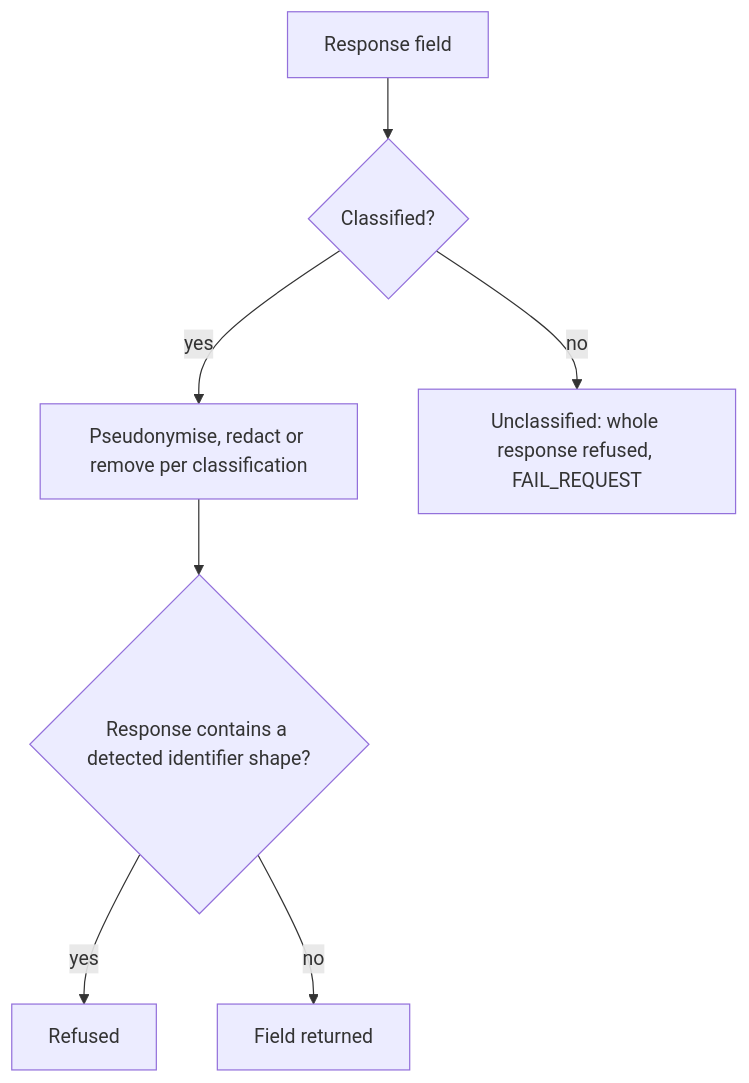
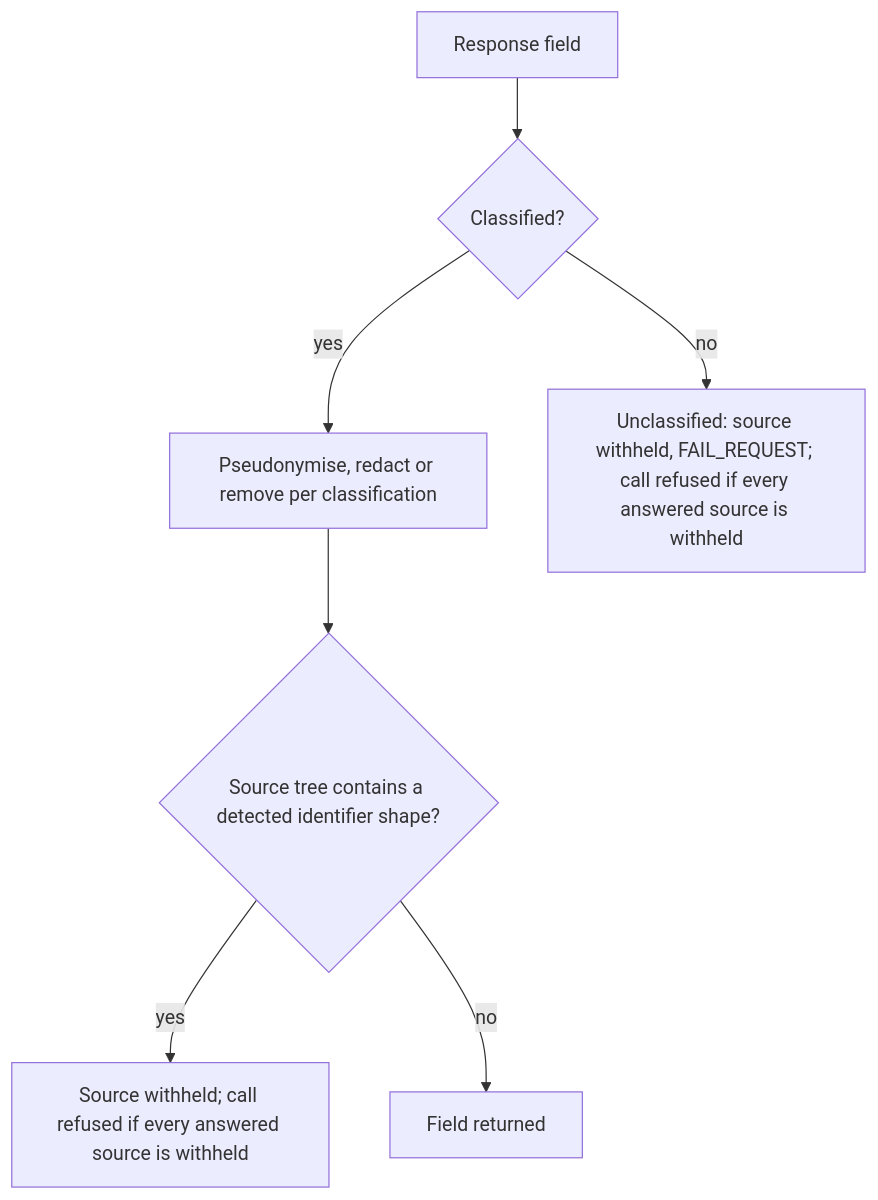
One commit to AindriuB/data-prism changed the diagram in docs-site/diagrams/fail-closed-decisions.mmd. Above: the diagram before and after it, drawn with Mermaid. The commit also changed 36 other files, not shown here.

```diff
--- a/docs-site/diagrams/fail-closed-decisions.mmd
+++ b/docs-site/diagrams/fail-closed-decisions.mmd
@@ -1,15 +1,15 @@
 flowchart TD
     Field["Response field"]
     Classified{"Classified?"}
     Action["Pseudonymise, redact or remove per classification"]
-    Unclassified["Unclassified: whole response refused, FAIL_REQUEST"]
-    Scan{"Response contains a detected identifier shape?"}
-    RefusedShape["Refused"]
+    Unclassified["Unclassified: source withheld, FAIL_REQUEST; call refused if every answered source is withheld"]
+    Scan{"Source tree contains a detected identifier shape?"}
+    RefusedShape["Source withheld; call refused if every answered source is withheld"]
     Returned["Field returned"]
 
     Field --> Classified
     Classified -->|yes| Action
     Action --> Scan
     Classified -->|no| Unclassified
     Scan -->|yes| RefusedShape
     Scan -->|no| Returned
```
